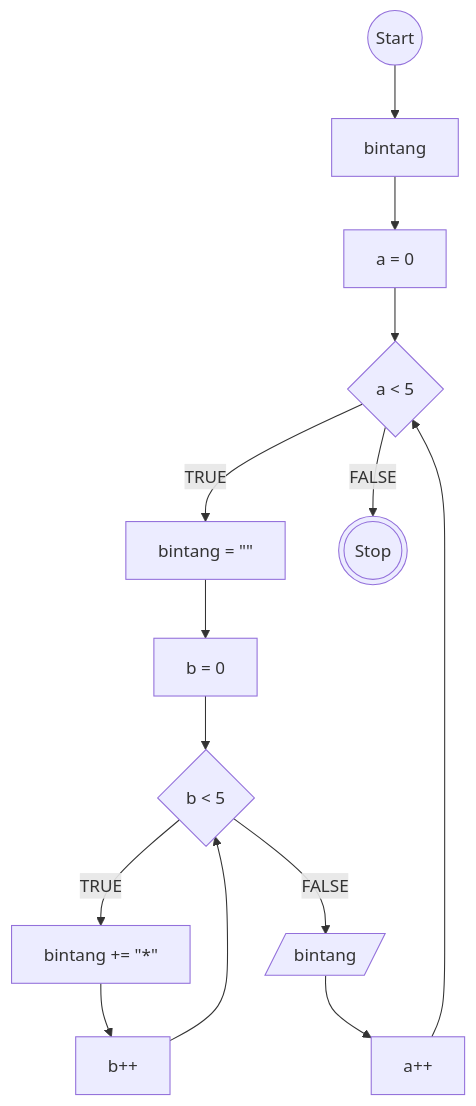
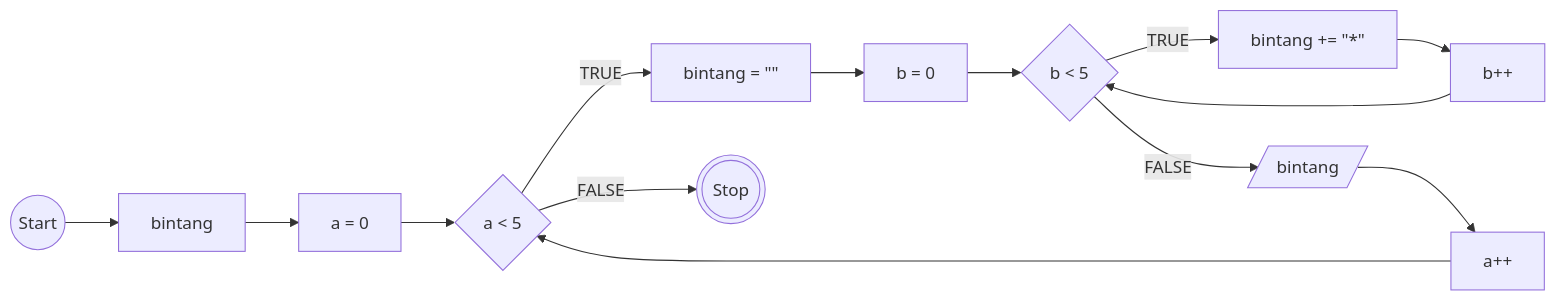
One commit to ktsrqsdev/koda-b10-javascript3 changed the first of 2 diagrams in README.md. Above: the diagram before and after it, drawn with Mermaid.

````diff
--- a/README.md
+++ b/README.md
@@ -1,31 +1,31 @@
 ```mermaid
-    flowchart TD
+    flowchart LR
     A@{ shape: circle, label: "Start" }
     B@{ shape: rect, label: "bintang" }
 
     C@{ shape: rect, label: "a = 0" }
     D@{ shape: diamond, label: "a < 5" }
     E@{ shape: rect, label: "bintang = #quot;#quot;" }
 
     F@{ shape: rect, label: "b = 0" }
     G@{ shape: diamond, label: "b < 5" }
     H@{ shape: rect, label: "bintang += #quot;*#quot;" }
     I@{ shape: rect, label: "b++" }
     J@{ shape: rect, label: "a++" }
     K@{ shape: lean-r, label: "bintang" }
     L@{ shape: dbl-circ, label: "Stop" }
 
     A --> B
     B --> C
     C --> D
     D --TRUE--> E
     E --> F
     F --> G
     G --TRUE--> H
     H --> I
     I --> G
     G --FALSE--> K
     K --> J
     J --> D
     D --FALSE--> L
 ```
````
